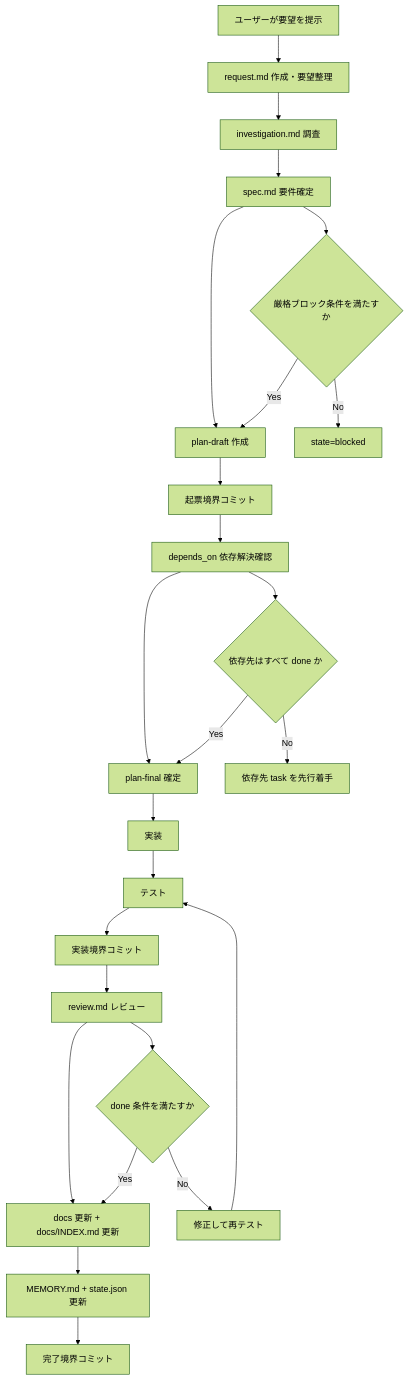
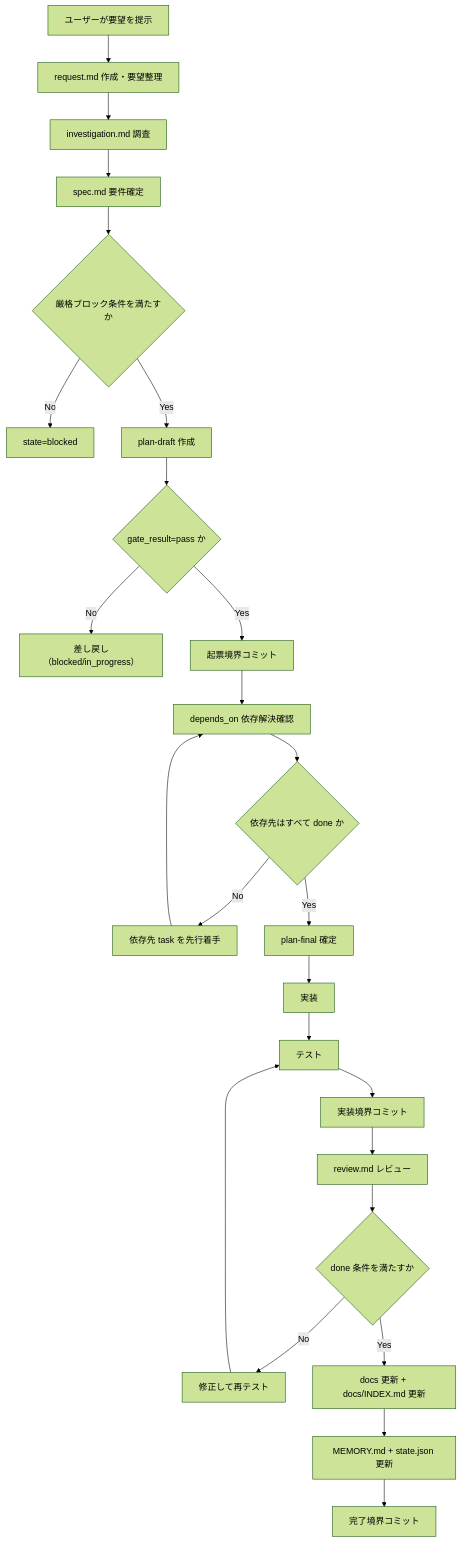
The diagram in docs/operations/framework-request-to-commit-visual-guide.md (HarukaKajita/AgentRail), drawn with Mermaid (forest theme) before and after one commit.

Commit message:
docs: fix visual guide mermaid gate flow

````diff
--- a/docs/operations/framework-request-to-commit-visual-guide.md
+++ b/docs/operations/framework-request-to-commit-visual-guide.md
@@ -22,30 +22,29 @@
 ```mermaid
 flowchart TD
   A[ユーザーが要望を提示] --> B[request.md 作成・要望整理]
   B --> C[investigation.md 調査]
   C --> D[spec.md 要件確定]
-  D --> E[plan-draft 作成]
-  E --> K1[起票境界コミット]
+  D --> L{厳格ブロック条件を満たすか}
+  L -- No --> M[state=blocked]
+  L -- Yes --> E[plan-draft 作成]
+
+  E --> R{gate_result=pass か}
+  R -- No --> S[差し戻し（blocked/in_progress）]
+  R -- Yes --> K1[起票境界コミット]
+
   K1 --> E1[depends_on 依存解決確認]
-  E1 --> E2[plan-final 確定]
+  E1 --> D1{依存先はすべて done か}
+  D1 -- No --> D2[依存先 task を先行着手]
+  D2 --> E1
+  D1 -- Yes --> E2[plan-final 確定]
   E2 --> F[実装]
   F --> G[テスト]
   G --> K2[実装境界コミット]
   K2 --> H[review.md レビュー]
-  H --> I[docs 更新 + docs/INDEX.md 更新]
-  I --> J[MEMORY.md + state.json 更新]
-  J --> K3[完了境界コミット]
-
-  D --> L{厳格ブロック条件を満たすか}
-  L -- No --> M[state=blocked]
-  L -- Yes --> E
-
-  E1 --> D1{依存先はすべて done か}
-  D1 -- No --> D2[依存先 task を先行着手]
-  D1 -- Yes --> E2
-
   H --> N{done 条件を満たすか}
   N -- No --> O[修正して再テスト]
   O --> G
-  N -- Yes --> I
+  N -- Yes --> I[docs 更新 + docs/INDEX.md 更新]
+  I --> J[MEMORY.md + state.json 更新]
+  J --> K3[完了境界コミット]
 ```
````
